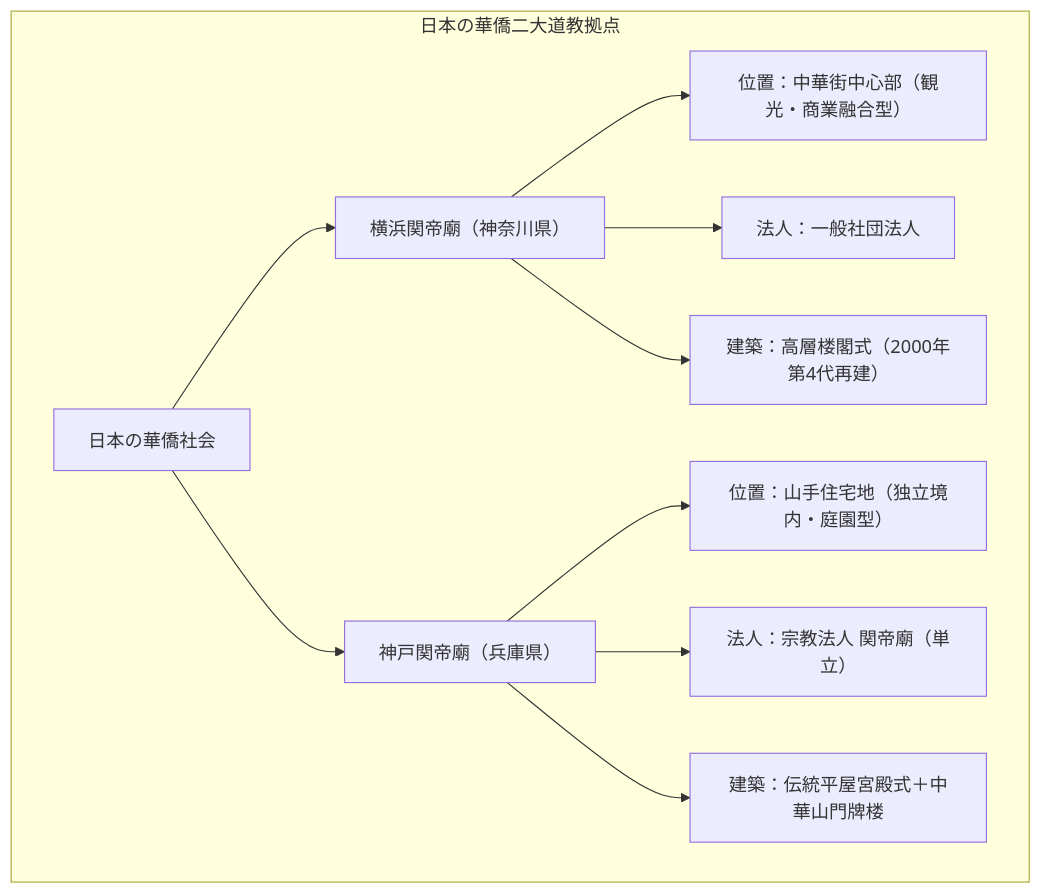
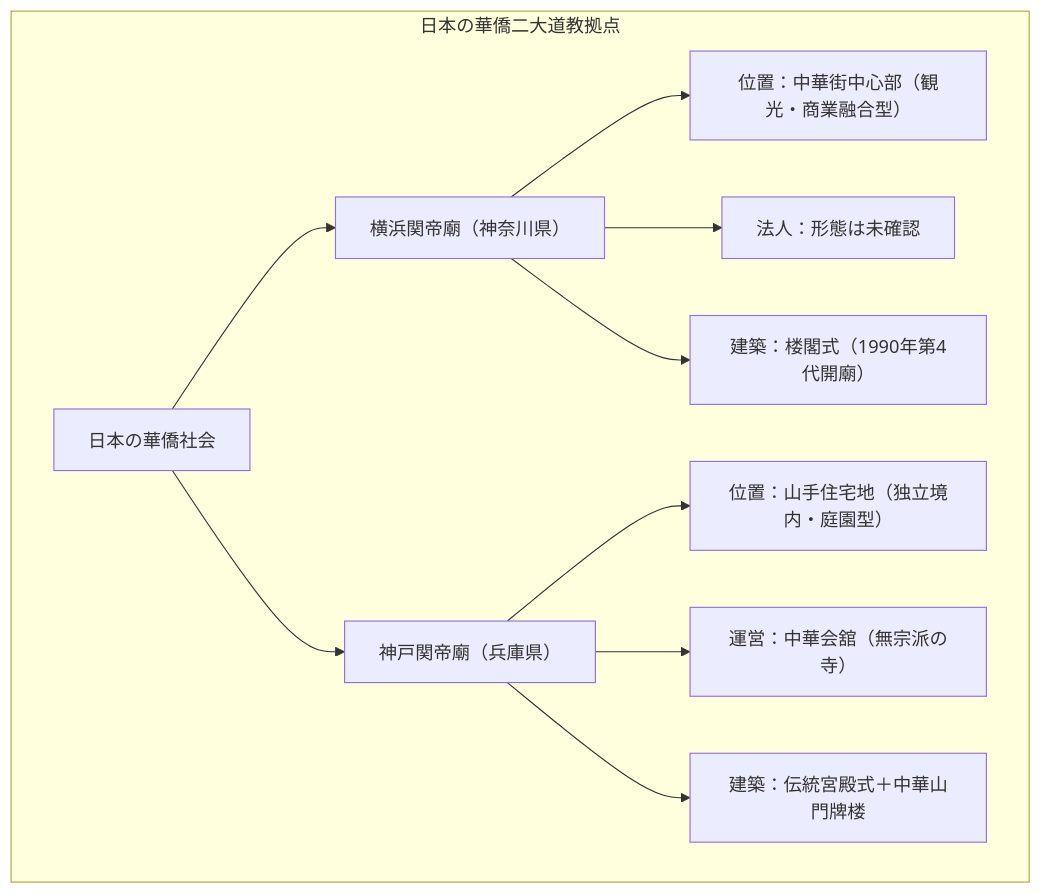
The diagram in content/01_宗派・異端研究/19_道教系/神戸関帝廟.md (iida-masashi/religion-garden), drawn with Mermaid before and after one commit. The commit also changed other lines of this file and 191 other files, not shown here.

````diff
--- a/content/01_宗派・異端研究/19_道教系/神戸関帝廟.md
+++ b/content/01_宗派・異端研究/19_道教系/神戸関帝廟.md
@@ -37,15 +31,15 @@
 ```mermaid
 flowchart TD
     subgraph 日本の華僑二大道教拠点
         A[日本の華僑社会] --> B["横浜関帝廟（神奈川県）"]
         A --> C["神戸関帝廟（兵庫県）"]
-        
+
         B --> B1["位置：中華街中心部（観光・商業融合型）"]
-        B --> B2["法人：一般社団法人"]
-        B --> B3["建築：高層楼閣式（2000年第4代再建）"]
-        
+        B --> B2["法人：形態は未確認"]
+        B --> B3["建築：楼閣式（1990年第4代開廟）"]
+
         C --> C1["位置：山手住宅地（独立境内・庭園型）"]
-        C --> C2["法人：宗教法人 関帝廟（単立）"]
-        C --> C3["建築：伝統平屋宮殿式＋中華山門牌楼"]
+        C --> C2["運営：中華会舘（無宗派の寺）"]
+        C --> C3["建築：伝統宮殿式＋中華山門牌楼"]
     end
 ```
````
